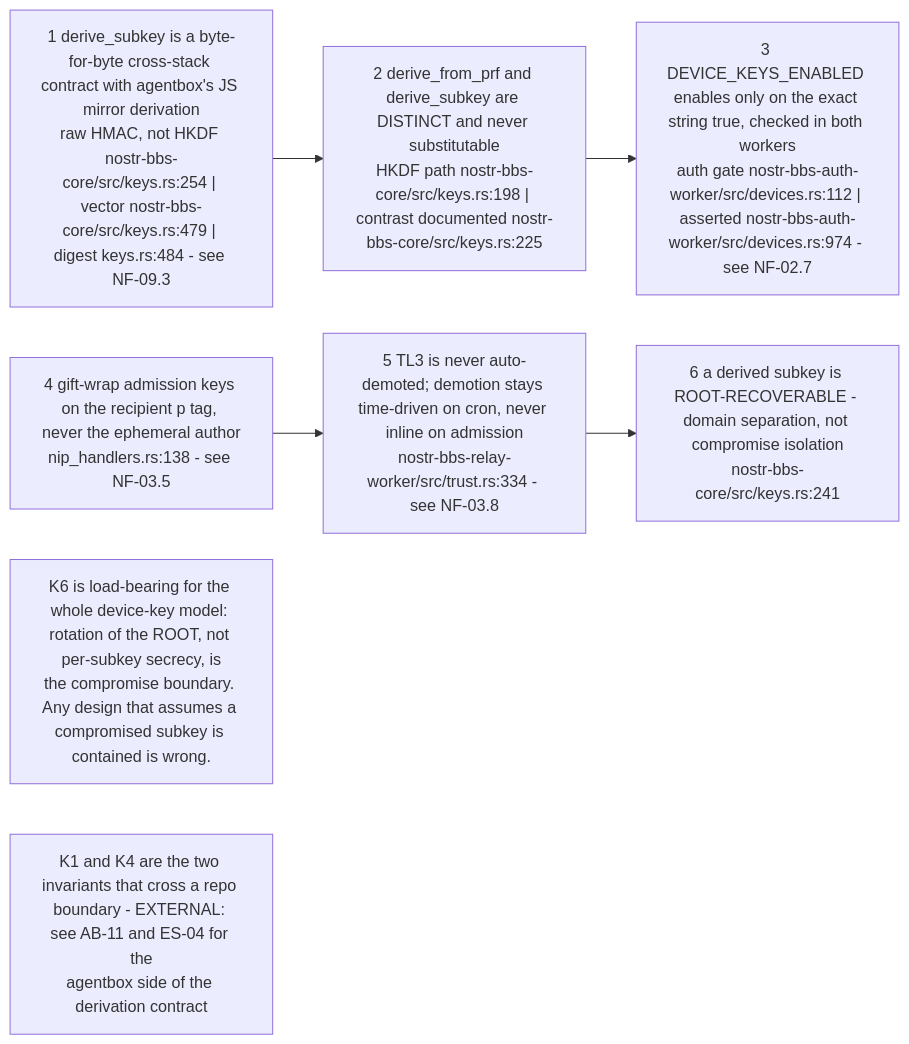
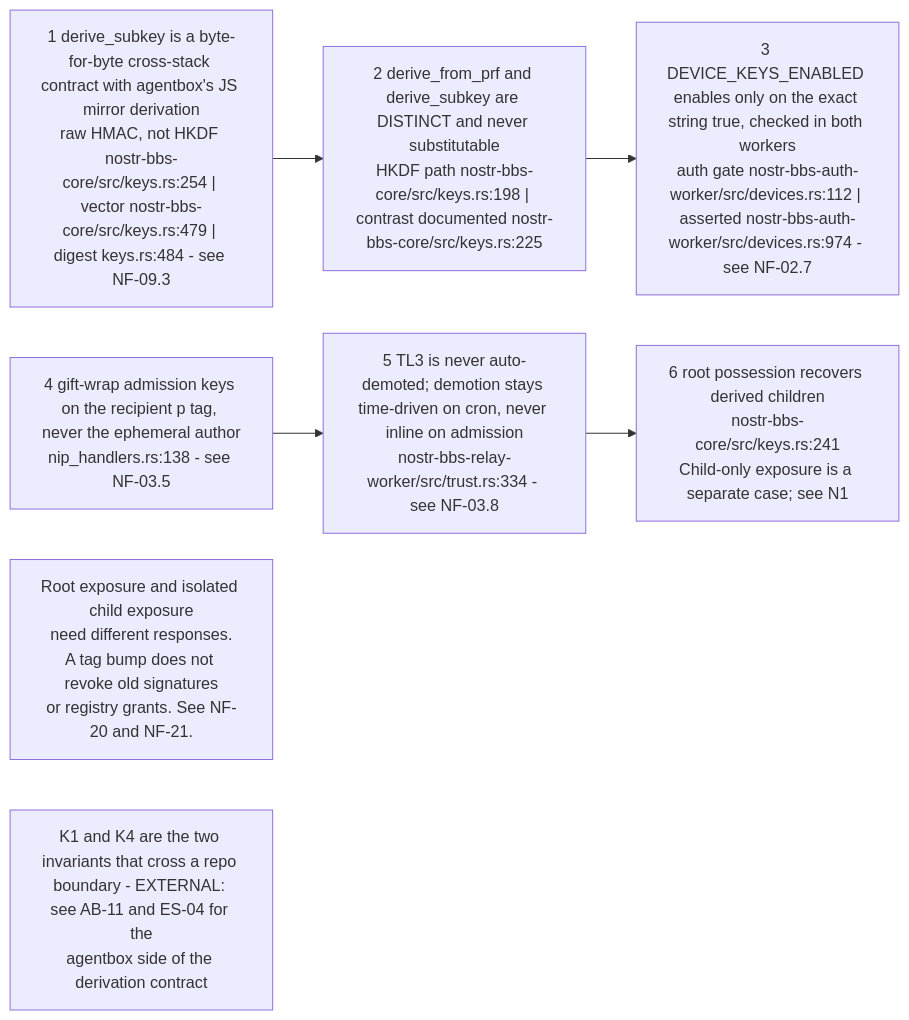
One commit to DreamLab-AI/VisionFlow changed the second of 10 diagrams in docs/diagrams/nostr-rust-forum/10-invariants-and-anomaly-register.md. Above: the diagram before and after it, drawn with Mermaid. The commit also changed other lines of this file and 60 other files, not shown here.

Commit message:
docs(audit): assess subkey parity and identity lifecycle contracts

````diff
--- a/docs/diagrams/nostr-rust-forum/10-invariants-and-anomaly-register.md
+++ b/docs/diagrams/nostr-rust-forum/10-invariants-and-anomaly-register.md
@@ -83,15 +84,17 @@
 ```mermaid
 flowchart LR
     K1["1 derive_subkey is a byte-for-byte cross-stack contract with agentbox's JS mirror derivation<br/>raw HMAC, not HKDF nostr-bbs-core/src/keys.rs:254 | vector nostr-bbs-core/src/keys.rs:479 | digest keys.rs:484 - see NF-09.3"]
     K2["2 derive_from_prf and derive_subkey are DISTINCT and never substitutable<br/>HKDF path nostr-bbs-core/src/keys.rs:198 | contrast documented nostr-bbs-core/src/keys.rs:225"]
     K3["3 DEVICE_KEYS_ENABLED enables only on the exact string true, checked in both workers<br/>auth gate nostr-bbs-auth-worker/src/devices.rs:112 | asserted nostr-bbs-auth-worker/src/devices.rs:974 - see NF-02.7"]
     K4["4 gift-wrap admission keys on the recipient p tag, never the ephemeral author<br/>nip_handlers.rs:138 - see NF-03.5"]
     K5["5 TL3 is never auto-demoted; demotion stays time-driven on cron, never inline on admission<br/>nostr-bbs-relay-worker/src/trust.rs:334 - see NF-03.8"]
-    K6["6 a derived subkey is ROOT-RECOVERABLE - domain separation, not compromise isolation<br/>nostr-bbs-core/src/keys.rs:241"]
+    K6["6 root possession recovers derived children<br/>nostr-bbs-core/src/keys.rs:241<br/>Child-only exposure is a separate case; see N1"]
 
     K1 --> K2 --> K3
     K4 --> K5 --> K6
 
-    N1["K6 is load-bearing for the whole device-key model: rotation of the ROOT, not per-subkey secrecy, is<br/>the compromise boundary. Any design that assumes a compromised subkey is contained is wrong."]
+    %% Source: ../nostr-rust-forum/docs/archive/adr/ADR-100-key-lifecycle.md:78
+    %% Source: ../nostr-rust-forum/docs/archive/adr/ADR-100-key-lifecycle.md:85
+    N1["Root exposure and isolated child exposure<br/>need different responses.<br/>A tag bump does not revoke old signatures<br/>or registry grants. See NF-20 and NF-21."]
     N2["K1 and K4 are the two invariants that cross a repo boundary - EXTERNAL: see AB-11 and ES-04 for the<br/>agentbox side of the derivation contract"]
 ```
````
